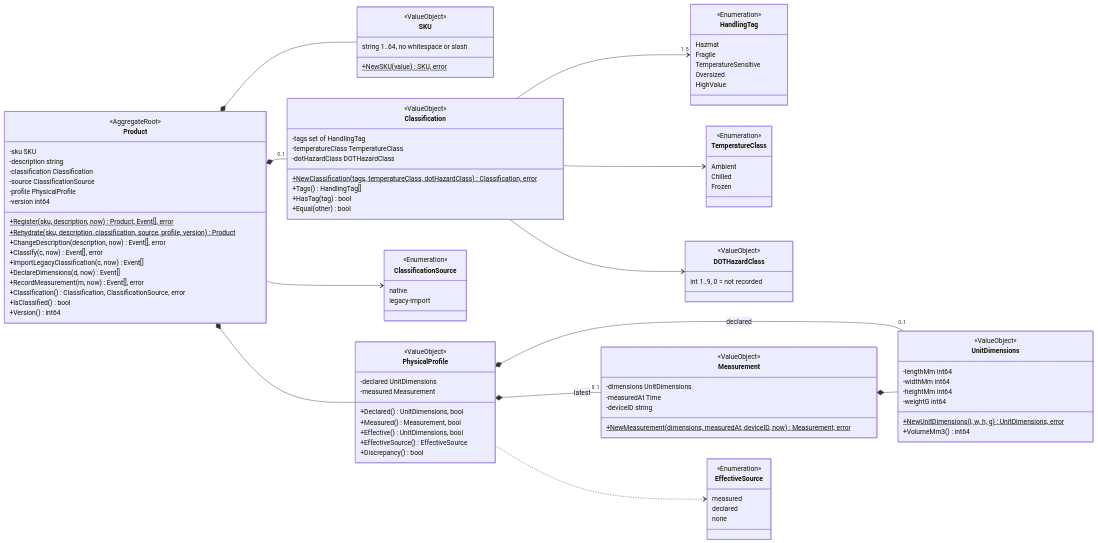
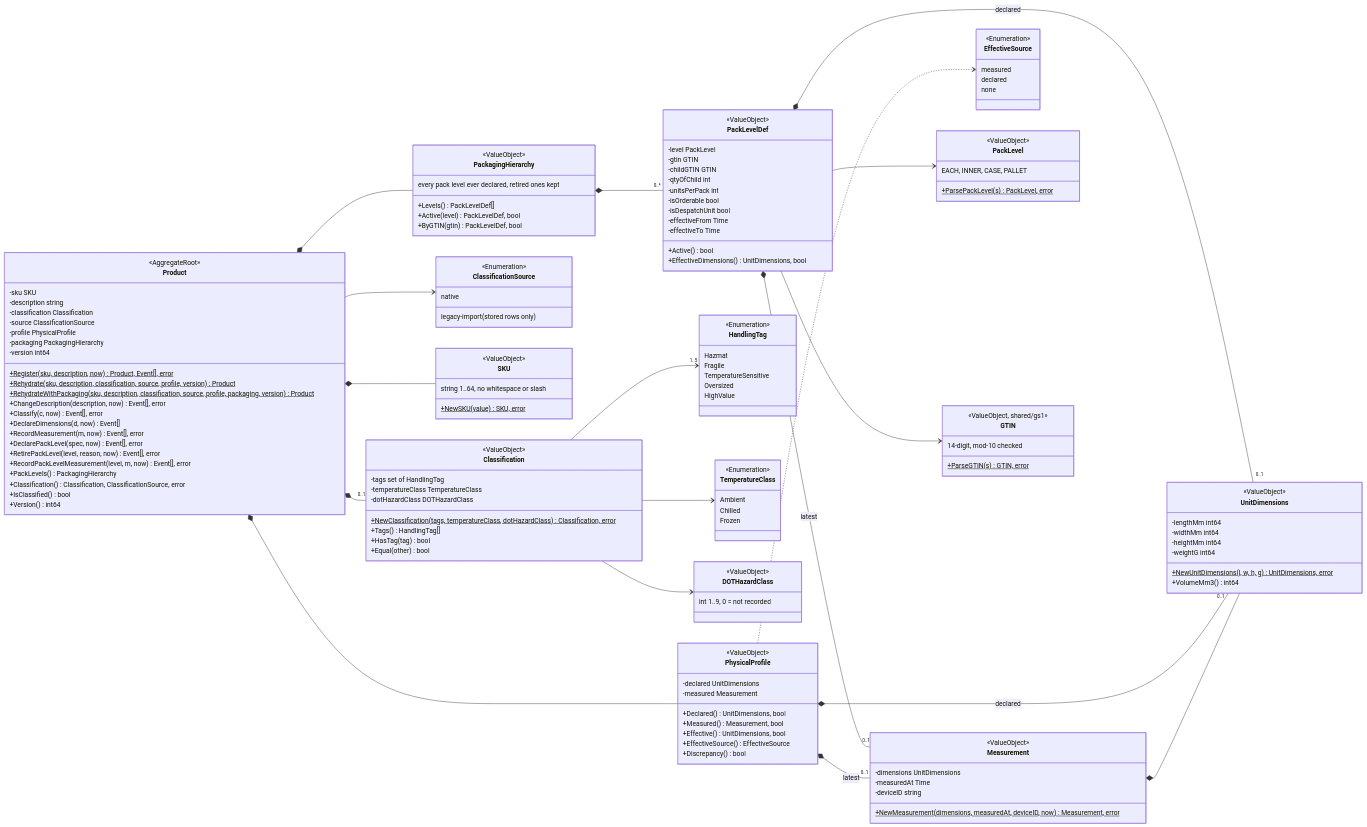
The first of 4 diagrams in docs/contexts/product-master/class-diagram.md (IQVO/warehouse-docs), drawn with Mermaid before and after one commit. The commit also changed other lines of this file and 237 other files, not shown here.

```diff
--- a/docs/contexts/product-master/class-diagram.md
+++ b/docs/contexts/product-master/class-diagram.md
@@ -31,14 +31,19 @@
     -classification Classification
     -source ClassificationSource
     -profile PhysicalProfile
+    -packaging PackagingHierarchy
     -version int64
     +Register(sku, description, now)$ Product, Event[], error
     +Rehydrate(sku, description, classification, source, profile, version)$ Product
+    +RehydrateWithPackaging(sku, description, classification, source, profile, packaging, version)$ Product
     +ChangeDescription(description, now) Event[], error
     +Classify(c, now) Event[], error
-    +ImportLegacyClassification(c, now) Event[]
     +DeclareDimensions(d, now) Event[]
     +RecordMeasurement(m, now) Event[], error
+    +DeclarePackLevel(spec, now) Event[], error
+    +RetirePackLevel(level, reason, now) Event[], error
+    +RecordPackLevelMeasurement(level, m, now) Event[], error
+    +PackLevels() PackagingHierarchy
     +Classification() Classification, ClassificationSource, error
     +IsClassified() bool
     +Version() int64
@@ -96,7 +101,7 @@
   class ClassificationSource {
     <<Enumeration>>
     native
-    legacy-import
+    legacy-import (stored rows only)
   }
   class EffectiveSource {
     <<Enumeration>>
@@ -113,11 +118,48 @@
     string 1..64, no whitespace or slash
     +NewSKU(value)$ SKU, error
   }
+  class PackagingHierarchy {
+    <<ValueObject>>
+    every pack level ever declared, retired ones kept
+    +Levels() PackLevelDef[]
+    +Active(level) PackLevelDef, bool
+    +ByGTIN(gtin) PackLevelDef, bool
+  }
+  class PackLevelDef {
+    <<ValueObject>>
+    -level PackLevel
+    -gtin GTIN
+    -childGTIN GTIN
+    -qtyOfChild int
+    -unitsPerPack int
+    -isOrderable bool
+    -isDespatchUnit bool
+    -effectiveFrom Time
+    -effectiveTo Time
+    +Active() bool
+    +EffectiveDimensions() UnitDimensions, bool
+  }
+  class PackLevel {
+    <<ValueObject>>
+    EACH, INNER, CASE, PALLET
+    +ParsePackLevel(s)$ PackLevel, error
+  }
+  class GTIN {
+    <<ValueObject, shared/gs1>>
+    14-digit, mod-10 checked
+    +ParseGTIN(s)$ GTIN, error
+  }
 
   Product *-- SKU
   Product *-- "0..1" Classification
   Product --> ClassificationSource
   Product *-- PhysicalProfile
+  Product *-- PackagingHierarchy
+  PackagingHierarchy *-- "0..*" PackLevelDef
+  PackLevelDef --> PackLevel
+  PackLevelDef --> GTIN
+  PackLevelDef *-- "0..1" UnitDimensions : declared
+  PackLevelDef *-- "0..1" Measurement : latest
   Classification --> "1..5" HandlingTag
   Classification --> TemperatureClass
   Classification --> DOTHazardClass
```
